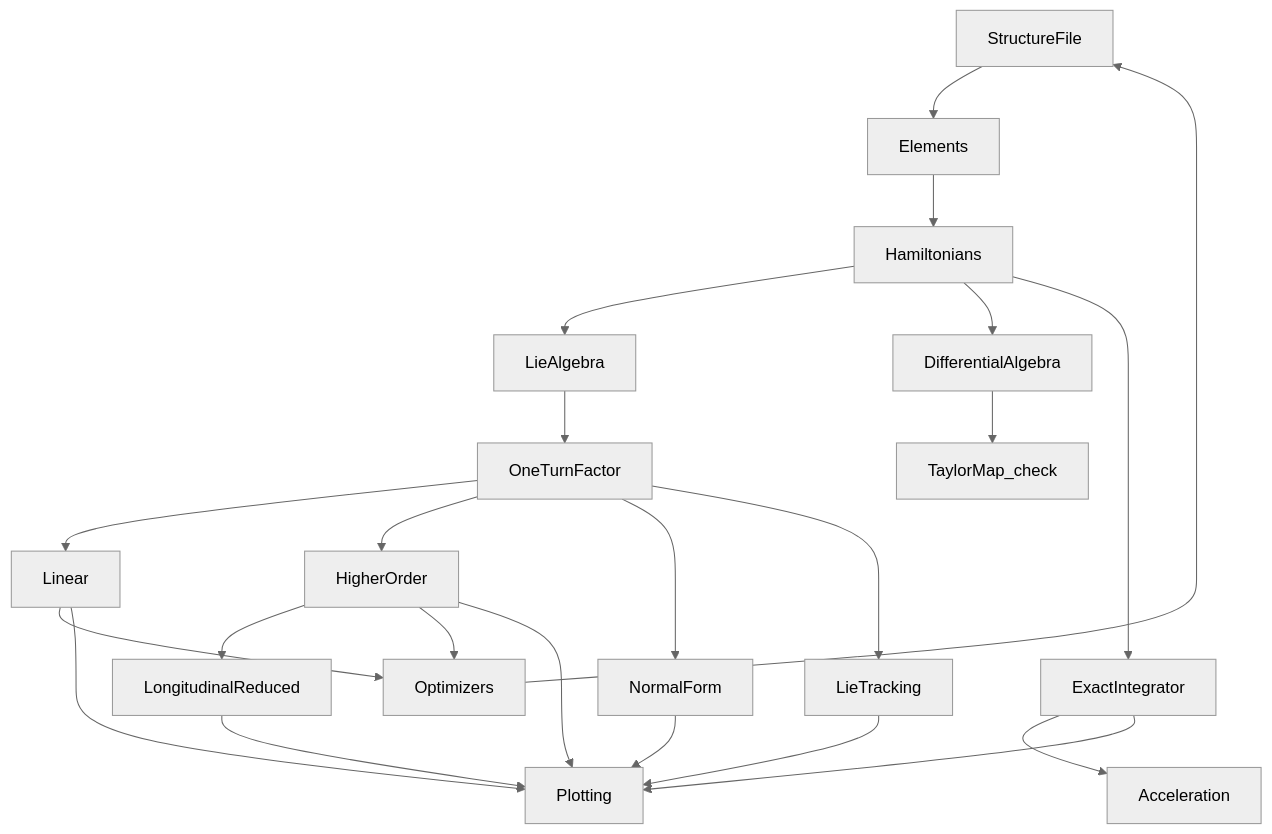
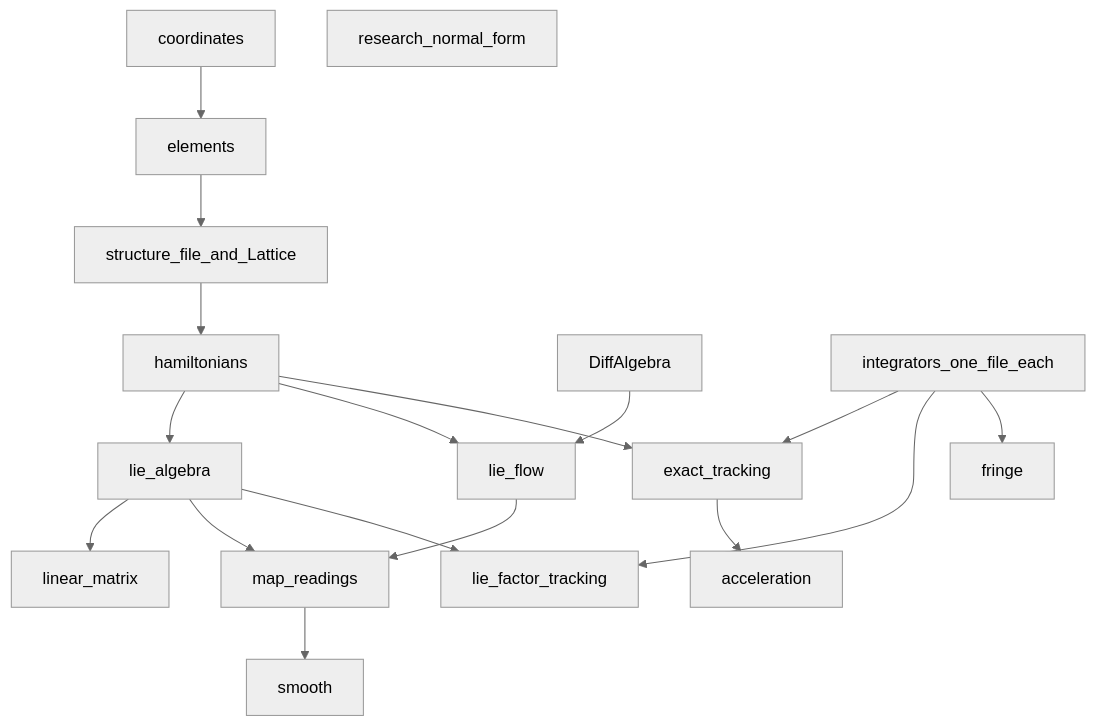
One commit to sergeybell/BELL changed the diagram in docs/src/architecture.md. Above: the diagram before and after it, drawn with Mermaid (neutral theme). The commit also changed other lines of this file and 41 other files, not shown here.

Commit message:
v0.15 core review: one tracking scheme, readable names, research NormalForm out of using Bell.

````diff
--- a/docs/src/architecture.md
+++ b/docs/src/architecture.md
@@ -18,25 +17,32 @@
 ```mermaid
 flowchart TD
-  structureFile[StructureFile] --> elements[Elements]
-  elements --> hamiltonians[Hamiltonians]
-  hamiltonians --> lie[LieAlgebra]
-  hamiltonians --> da[DifferentialAlgebra]
-  lie --> factor[OneTurnFactor]
-  da --> taylorCheck[TaylorMap_check]
-  factor --> linear[Linear]
-  factor --> higher[HigherOrder]
-  factor --> normalForm[NormalForm]
-  factor --> lieTrack[LieTracking]
-  hamiltonians --> exact[ExactIntegrator]
-  higher --> longitudinal[LongitudinalReduced]
-  exact --> acceleration[Acceleration]
-  linear --> optimizers[Optimizers]
-  higher --> optimizers
-  optimizers --> structureFile
-  linear --> plotting[Plotting]
-  higher --> plotting
-  normalForm --> plotting
-  lieTrack --> plotting
-  exact --> plotting
-  longitudinal --> plotting
+  coords[coordinates]
+  elements[elements]
+  structure[structure_file_and_Lattice]
+  H[hamiltonians]
+  da[DiffAlgebra]
+  integrators[integrators_one_file_each]
+  lie[lie_algebra]
+  flow[lie_flow]
+  linear[linear_matrix]
+  readings[map_readings]
+  track[lie_factor_tracking]
+  exact[exact_tracking]
+  long[smooth]
+  fringe[fringe]
+  coords --> elements --> structure --> H
+  H --> lie
+  H --> flow
+  da --> flow
+  integrators --> exact
+  integrators --> track
+  integrators --> fringe
+  H --> exact
+  lie --> linear
+  lie --> readings
+  flow --> readings
+  lie --> track
+  exact --> accel[acceleration]
+  readings --> long
+  research[research_normal_form]
 ```
````
